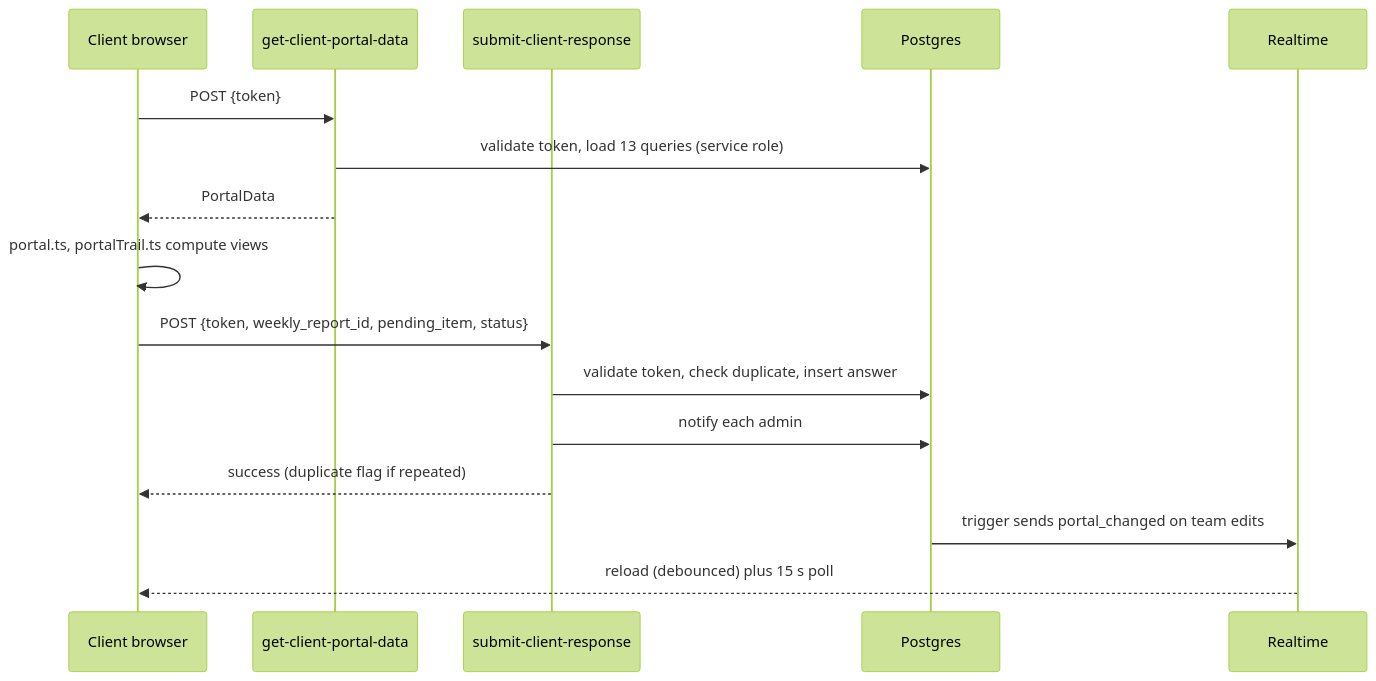
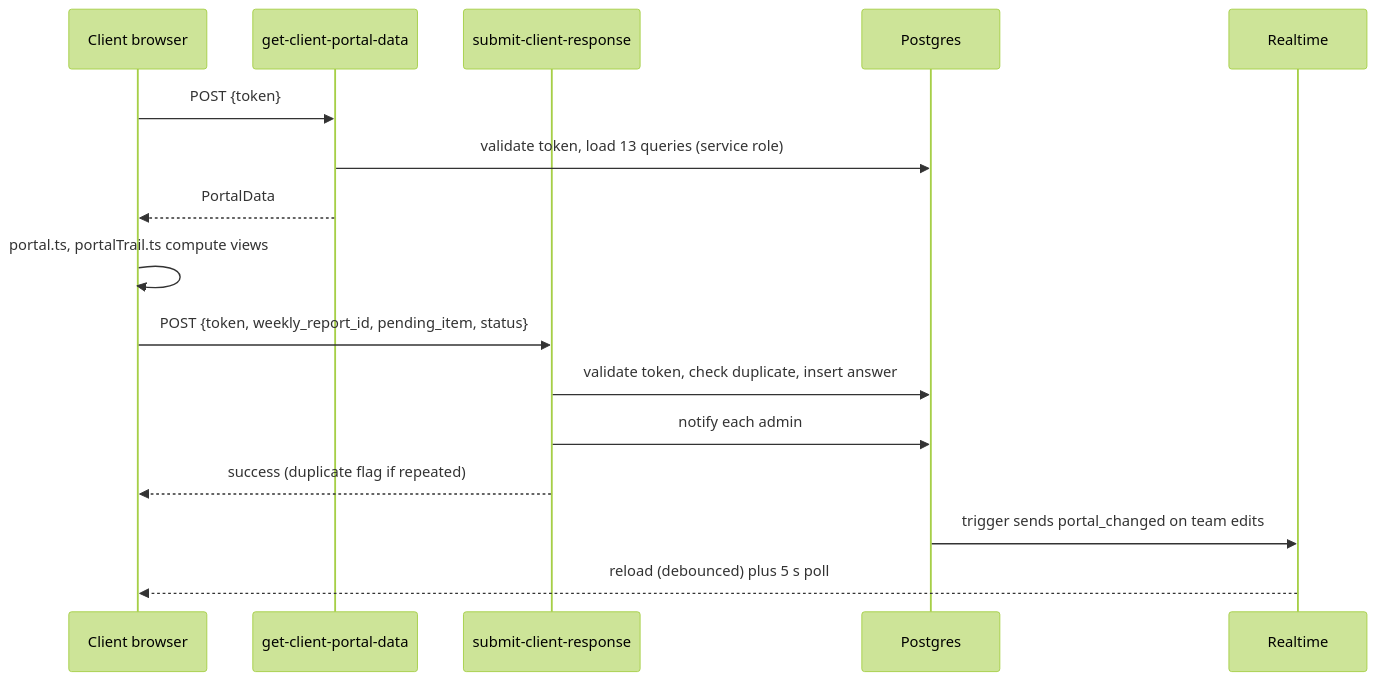
Before and after one commit to IAplicada-Business/quadra-arquitetura: the fifth of 7 diagrams in docs/logic-flows.md, drawn with Mermaid (forest theme). The commit also changed other lines of this file and 34 other files, not shown here.

````diff
--- a/docs/logic-flows.md
+++ b/docs/logic-flows.md
@@ -92,18 +92,18 @@
 ```mermaid
 sequenceDiagram
   participant C as Client browser
   participant EF as get-client-portal-data
   participant S as submit-client-response
   participant DB as Postgres
   participant RT as Realtime
   C->>EF: POST {token}
   EF->>DB: validate token, load 13 queries (service role)
   EF-->>C: PortalData
   C->>C: portal.ts, portalTrail.ts compute views
   C->>S: POST {token, weekly_report_id, pending_item, status}
   S->>DB: validate token, check duplicate, insert answer
   S->>DB: notify each admin
   S-->>C: success (duplicate flag if repeated)
   DB->>RT: trigger sends portal_changed on team edits
-  RT-->>C: reload (debounced) plus 15 s poll
+  RT-->>C: reload (debounced) plus 5 s poll
 ```
````
